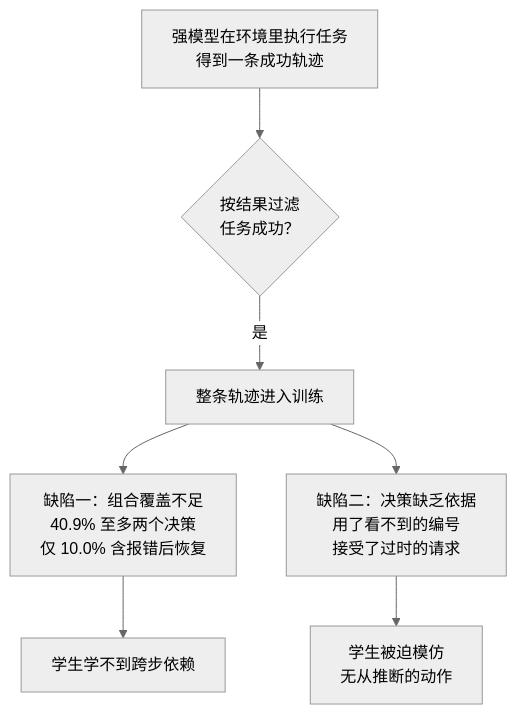
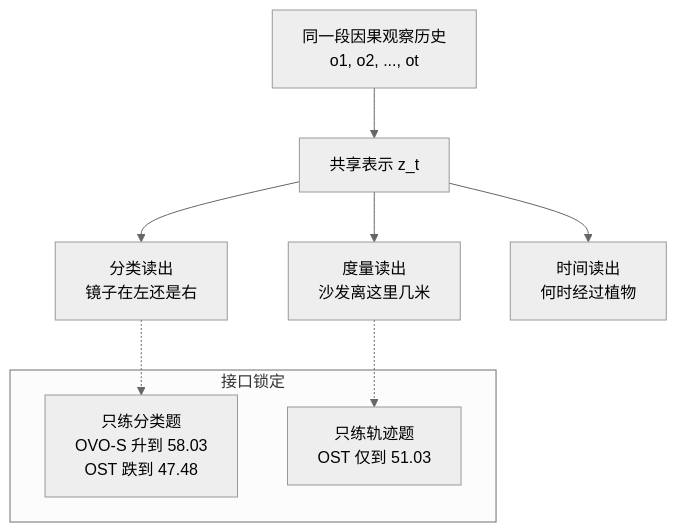
One commit to yingwang/paper-reads changed the first of 5 diagrams in docs/index.md. Above: the diagram before and after it, drawn with Mermaid (neutral theme). The commit also changed other lines of this file and 2 other files, not shown here.

````diff
--- a/docs/index.md
+++ b/docs/index.md
@@ -54,9 +59,13 @@
 ```mermaid
 flowchart TB
-    A["强模型在环境里执行任务<br/>得到一条成功轨迹"] --> B{"按结果过滤<br/>任务成功？"}
-    B -->|"是"| C["整条轨迹进入训练"]
-    C --> D1["缺陷一：组合覆盖不足<br/>40.9% 至多两个决策<br/>仅 10.0% 含报错后恢复"]
-    C --> D2["缺陷二：决策缺乏依据<br/>用了看不到的编号<br/>接受了过时的请求"]
-    D1 --> E["学生学不到跨步依赖"]
-    D2 --> F["学生被迫模仿<br/>无从推断的动作"]
+    H["同一段因果观察历史<br/>o1, o2, ..., ot"] --> Z["共享表示 z_t"]
+    Z --> R1["分类读出<br/>镜子在左还是右"]
+    Z --> R2["度量读出<br/>沙发离这里几米"]
+    Z --> R3["时间读出<br/>何时经过植物"]
+    subgraph LOCK["接口锁定"]
+        C1["只练分类题<br/>OVO-S 升到 58.03<br/>OST 跌到 47.48"]
+        C2["只练轨迹题<br/>OST 仅到 51.03"]
+    end
+    R1 -.-> C1
+    R2 -.-> C2
 ```
````
